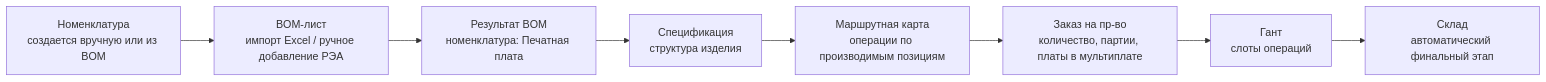
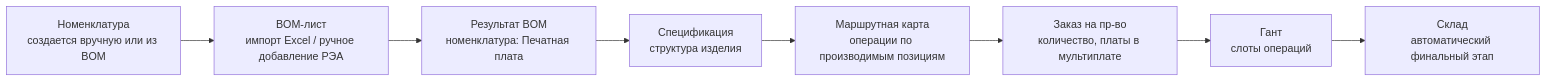
The third of 6 diagrams in docs/object-relationship-map.md (vladislav241194/mes-staging), drawn with Mermaid before and after one commit. The commit also changed other lines of this file and 9 other files, not shown here.

````diff
--- a/docs/object-relationship-map.md
+++ b/docs/object-relationship-map.md
@@ -182,10 +180,10 @@
 ```mermaid
 flowchart LR
   A["Номенклатура<br/>создается вручную или из BOM"] --> B["BOM-лист<br/>импорт Excel / ручное добавление РЭА"]
   B --> C["Результат BOM<br/>номенклатура: Печатная плата"]
   C --> D["Спецификация<br/>структура изделия"]
   D --> E["Маршрутная карта<br/>операции по производимым позициям"]
-  E --> F["Заказ на пр-во<br/>количество, партии, платы в мультиплате"]
+  E --> F["Заказ на пр-во<br/>количество, платы в мультиплате"]
   F --> G["Гант<br/>слоты операций"]
   G --> H["Склад<br/>автоматический финальный этап"]
 ```
````
